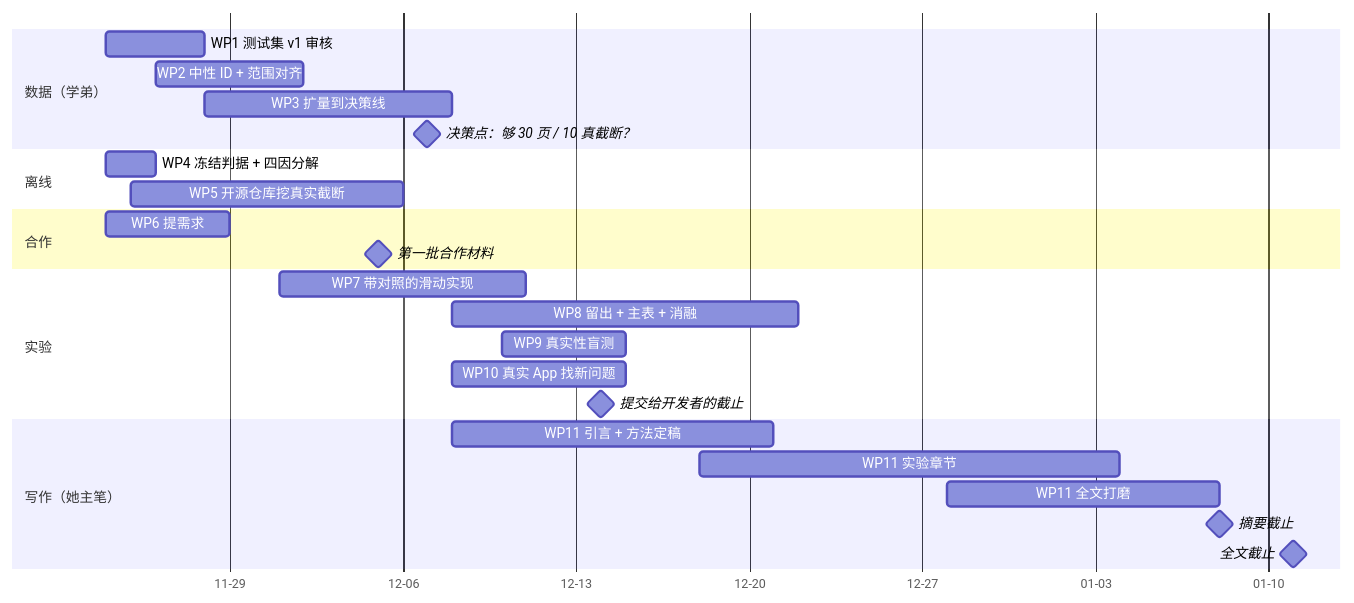
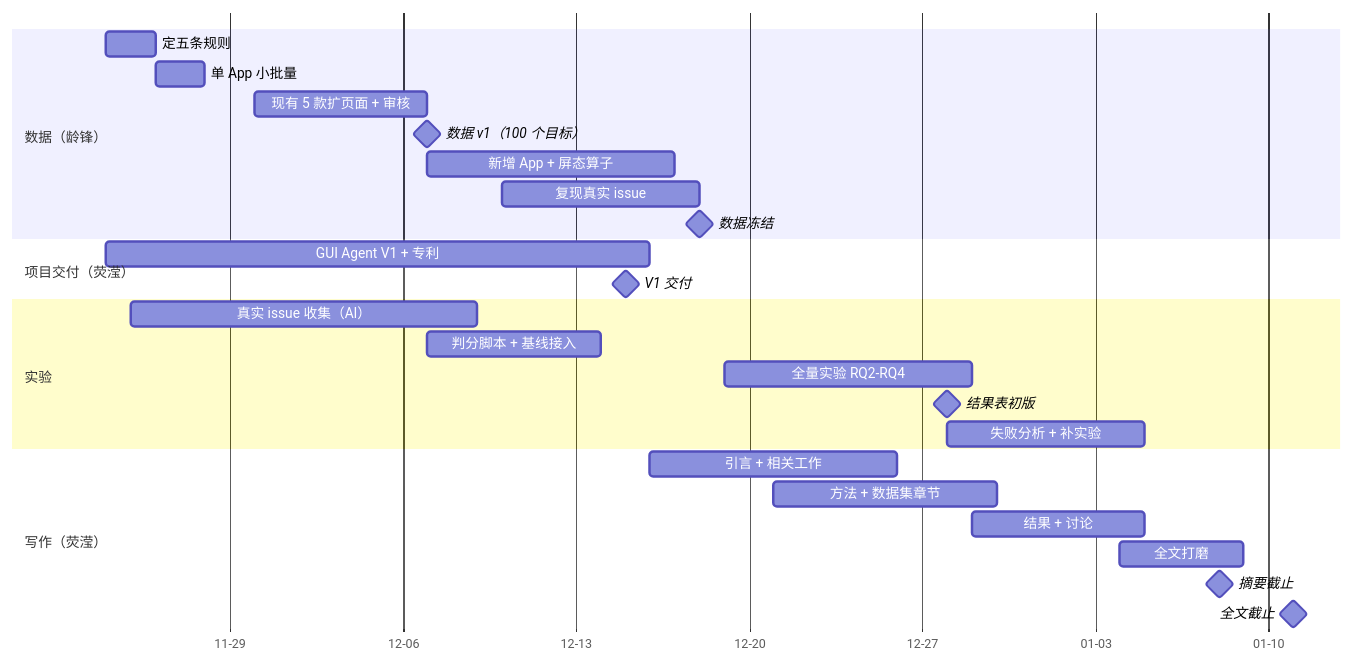
One commit to ZYY0321/Research-Notes changed the diagram in ux-research-brief/ux-research-brief-drafts/论文全貌_初稿与排期.md. Above: the diagram before and after it, drawn with Mermaid. The commit also changed other lines of this file and 3 other files, not shown here.

````diff
--- a/ux-research-brief/ux-research-brief-drafts/论文全貌_初稿与排期.md
+++ b/ux-research-brief/ux-research-brief-drafts/论文全貌_初稿与排期.md
@@ -124,28 +180,29 @@
 ```mermaid
 gantt
     dateFormat  YYYY-MM-DD
     axisFormat  %m-%d
-    section 数据（学弟）
-    WP1 测试集 v1 审核        :a1, 2026-11-24, 4d
-    WP2 中性 ID + 范围对齐     :a2, 2026-11-26, 6d
-    WP3 扩量到决策线           :a3, 2026-11-28, 10d
-    决策点：够 30 页 / 10 真截断？ :milestone, m1, 2026-12-07, 0d
-    section 离线
-    WP4 冻结判据 + 四因分解     :b0, 2026-11-24, 2d
-    WP5 开源仓库挖真实截断      :b1, 2026-11-25, 11d
-    section 合作
-    WP6 提需求                :e1, 2026-11-24, 5d
-    第一批合作材料             :milestone, e2, 2026-12-05, 0d
+    section 数据（龄锋）
+    定五条规则                :a1, 2026-11-24, 2d
+    单 App 小批量             :a2, 2026-11-26, 2d
+    现有 5 款扩页面 + 审核     :a3, 2026-11-30, 7d
+    数据 v1（100 个目标）      :milestone, m1, 2026-12-07, 0d
+    新增 App + 屏态算子        :a4, 2026-12-07, 10d
+    复现真实 issue            :a5, 2026-12-10, 8d
+    数据冻结                  :milestone, m2, 2026-12-18, 0d
+    section 项目交付（荧滢）
+    GUI Agent V1 + 专利       :b1, 2026-11-24, 22d
+    V1 交付                   :milestone, m3, 2026-12-15, 0d
     section 实验
-    WP7 带对照的滑动实现        :c1, 2026-12-01, 10d
-    WP8 留出 + 主表 + 消融      :c2, 2026-12-08, 14d
-    WP9 真实性盲测             :c3, 2026-12-10, 5d
-    WP10 真实 App 找新问题      :c4, 2026-12-08, 7d
-    提交给开发者的截止          :milestone, c5, 2026-12-14, 0d
-    section 写作（她主笔）
-    WP11 引言 + 方法定稿        :d1, 2026-12-08, 13d
-    WP11 实验章节              :d2, 2026-12-18, 17d
-    WP11 全文打磨              :d3, 2026-12-28, 11d
-    摘要截止                   :milestone, m2, 2027-01-08, 0d
-    全文截止                   :milestone, m3, 2027-01-11, 0d
+    真实 issue 收集（AI）      :c1, 2026-11-25, 14d
+    判分脚本 + 基线接入        :c2, 2026-12-07, 7d
+    全量实验 RQ2-RQ4          :c3, 2026-12-19, 10d
+    结果表初版                :milestone, m4, 2026-12-28, 0d
+    失败分析 + 补实验          :c4, 2026-12-28, 8d
+    section 写作（荧滢）
+    引言 + 相关工作            :d1, 2026-12-16, 10d
+    方法 + 数据集章节          :d2, 2026-12-21, 9d
+    结果 + 讨论               :d3, 2026-12-29, 7d
+    全文打磨                  :d4, 2027-01-04, 5d
+    摘要截止                  :milestone, m5, 2027-01-08, 0d
+    全文截止                  :milestone, m6, 2027-01-11, 0d
 ```
````
